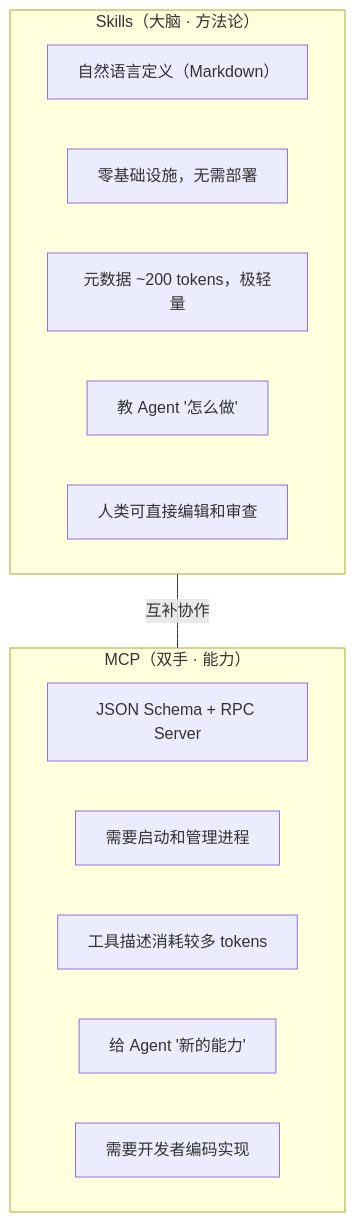
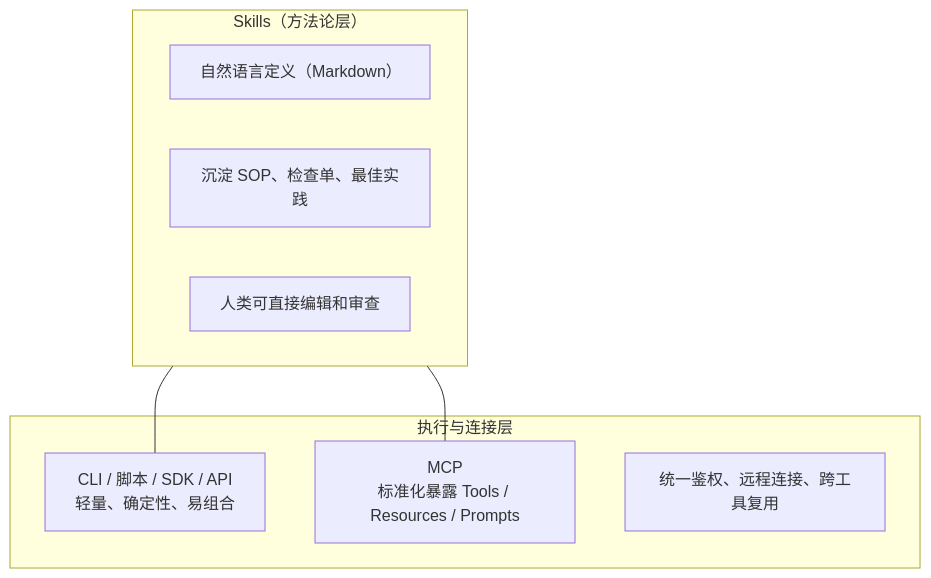
Before and after one commit to zht043/AgenticCodingTutorial: the seventh of 11 diagrams in docs/ch02-concepts/reference-mcp-and-skills.md, drawn with Mermaid. The commit also changed other lines of this file and 2 other files, not shown here.

Commit message:
fix mcp vs skills analysis

````diff
--- a/docs/ch02-concepts/reference-mcp-and-skills.md
+++ b/docs/ch02-concepts/reference-mcp-and-skills.md
@@ -259,20 +259,17 @@
 ```mermaid
 flowchart TB
-    subgraph Skills["Skills（大脑 · 方法论）"]
+    subgraph Skills["Skills（方法论层）"]
         S1["自然语言定义（Markdown）"]
-        S2["零基础设施，无需部署"]
-        S3["元数据 ~200 tokens，极轻量"]
-        S4["教 Agent '怎么做'"]
-        S5["人类可直接编辑和审查"]
+        S2["沉淀 SOP、检查单、最佳实践"]
+        S3["人类可直接编辑和审查"]
     end
 
-    subgraph MCP["MCP（双手 · 能力）"]
-        M1["JSON Schema + RPC Server"]
-        M2["需要启动和管理进程"]
-        M3["工具描述消耗较多 tokens"]
-        M4["给 Agent '新的能力'"]
-        M5["需要开发者编码实现"]
+    subgraph Runtime["执行与连接层"]
+        C1["CLI / 脚本 / SDK / API<br/>轻量、确定性、易组合"]
+        M1["MCP<br/>标准化暴露 Tools / Resources / Prompts"]
+        M2["统一鉴权、远程连接、跨工具复用"]
     end
 
-    Skills ---|互补协作| MCP
+    Skills --- C1
+    Skills --- M1
 ```
````
